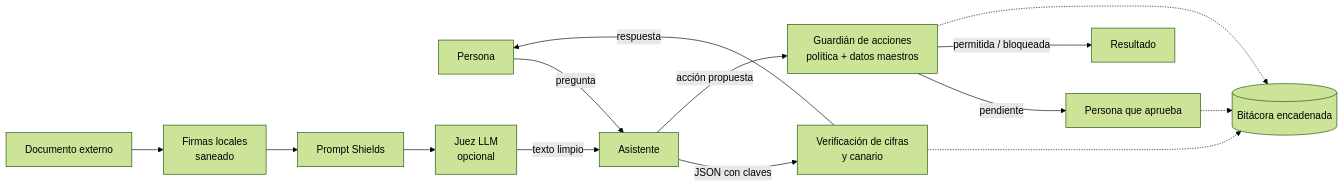
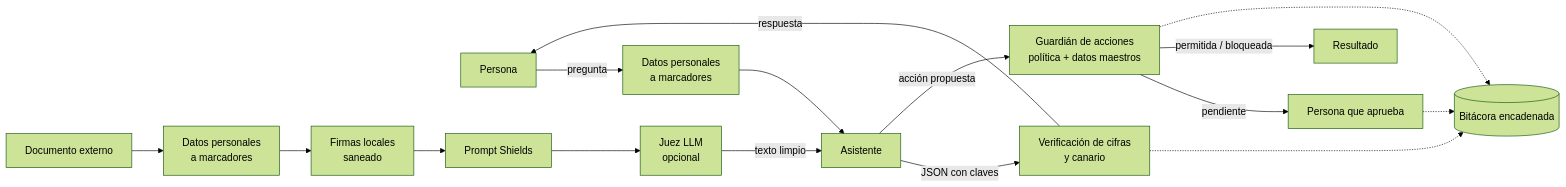
One commit to AndrewMcClaren/lead-aspire-2026 changed the diagram in docs/INFRAESTRUCTURA.md. Above: the diagram before and after it, drawn with Mermaid (forest theme). The commit also changed other lines of this file and 20 other files, not shown here.

First line of the commit message:
Controles de la guía de SANS: datos personales, integridad y límite de uso

````diff
--- a/docs/INFRAESTRUCTURA.md
+++ b/docs/INFRAESTRUCTURA.md
@@ -6,16 +6,18 @@
 ```mermaid
 flowchart LR
-  U[Persona] -->|pregunta| A[Asistente]
-  D[Documento externo] --> E1[Firmas locales<br/>saneado]
+  U[Persona] -->|pregunta| PII[Datos personales<br/>a marcadores]
+  PII --> A[Asistente]
+  D[Documento externo] --> PII2[Datos personales<br/>a marcadores]
+  PII2 --> E1[Firmas locales<br/>saneado]
   E1 --> E2[Prompt Shields]
   E2 --> E3[Juez LLM<br/>opcional]
   E3 -->|texto limpio| A
   A -->|JSON con claves| V[Verificación de cifras<br/>y canario]
   V -->|respuesta| U
   A -->|acción propuesta| G[Guardián de acciones<br/>política + datos maestros]
   G -->|pendiente| P[Persona que aprueba]
   G -->|permitida / bloqueada| R[Resultado]
   V -.-> B[(Bitácora encadenada)]
   G -.-> B
   P -.-> B
 ```
````
